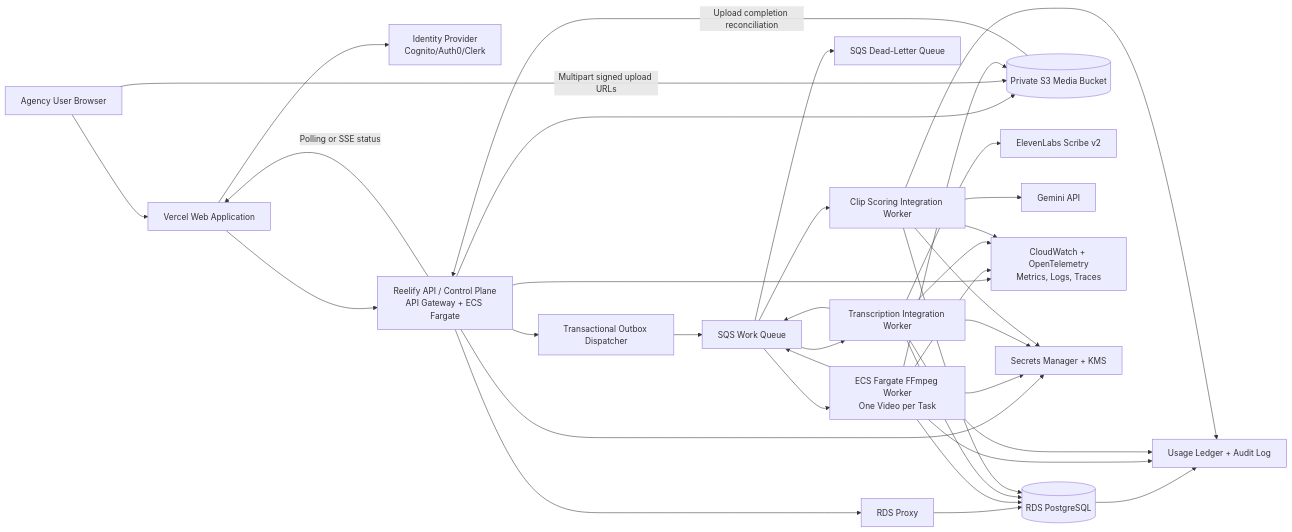
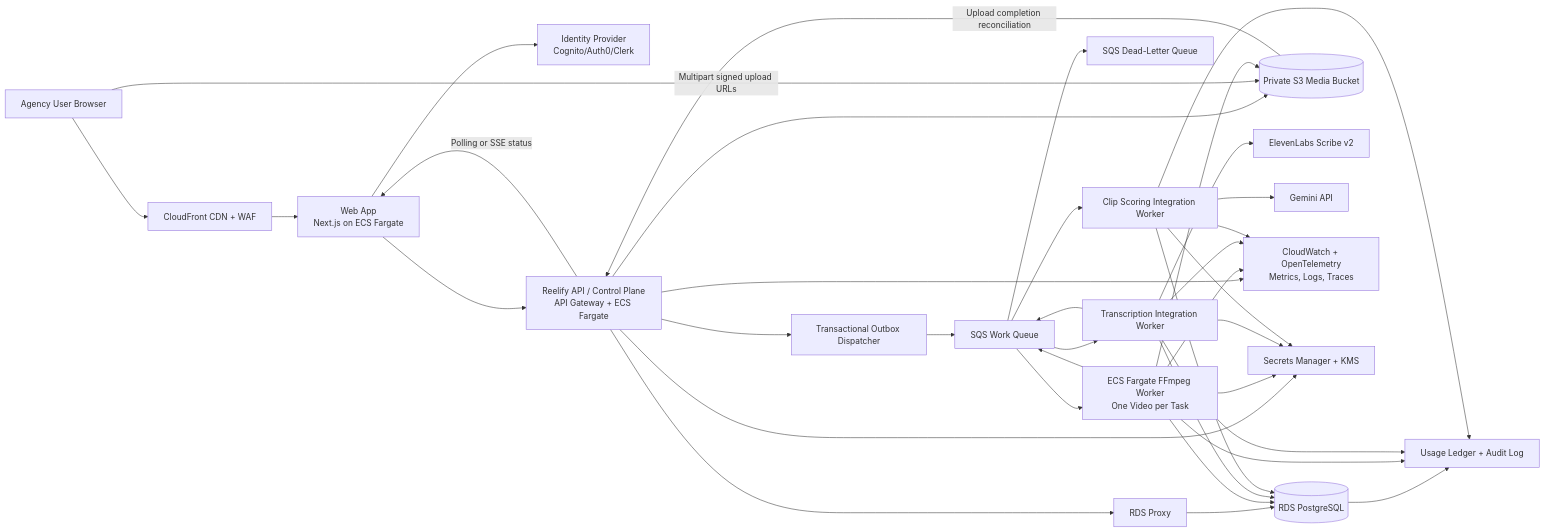
One commit to Haddad308/Reelify-v2 changed the diagram in docs/Project Technical Revamp Plan.md. Above: the diagram before and after it, drawn with Mermaid. The commit also changed other lines of this file and 2 other files, not shown here.

````diff
--- a/docs/Project Technical Revamp Plan.md
+++ b/docs/Project Technical Revamp Plan.md
@@ -250,72 +260,74 @@
 ```mermaid
 flowchart LR
     U[Agency User Browser]
-    W[Vercel Web Application]
+    CDN[CloudFront CDN + WAF]
+    W[Web App<br/>Next.js on ECS Fargate]
 
     AUTH[Identity Provider<br/>Cognito/Auth0/Clerk]
     API[Reelify API / Control Plane<br/>API Gateway + ECS Fargate]
     DB[(RDS PostgreSQL)]
     RP[RDS Proxy]
     OUTBOX[Transactional Outbox Dispatcher]
 
     S3[(Private S3 Media Bucket)]
     SQS[SQS Work Queue]
     DLQ[SQS Dead-Letter Queue]
 
     MW[ECS Fargate FFmpeg Worker<br/>One Video per Task]
     TW[Transcription Integration Worker]
     SW[Clip Scoring Integration Worker]
 
     E11[ElevenLabs Scribe v2]
     GEM[Gemini API]
 
     OBS[CloudWatch + OpenTelemetry<br/>Metrics, Logs, Traces]
     SEC[Secrets Manager + KMS]
     AUDIT[Usage Ledger + Audit Log]
 
-    U --> W
+    U --> CDN
+    CDN --> W
     W --> AUTH
     W --> API
 
     API --> RP
     RP --> DB
     API --> S3
     API --> OUTBOX
     OUTBOX --> SQS
 
     U -->|Multipart signed upload URLs| S3
     S3 -->|Upload completion reconciliation| API
 
     SQS --> MW
     MW --> S3
     MW --> DB
     MW --> SQS
 
     SQS --> TW
     TW --> E11
     TW --> DB
     TW --> SQS
 
     SQS --> SW
     SW --> GEM
     SW --> DB
 
     API -->|Polling or SSE status| W
 
     API --> SEC
     MW --> SEC
     TW --> SEC
     SW --> SEC
 
     API --> OBS
     MW --> OBS
     TW --> OBS
     SW --> OBS
 
     DB --> AUDIT
     MW --> AUDIT
     TW --> AUDIT
     SW --> AUDIT
 
     SQS --> DLQ
 ```
````
